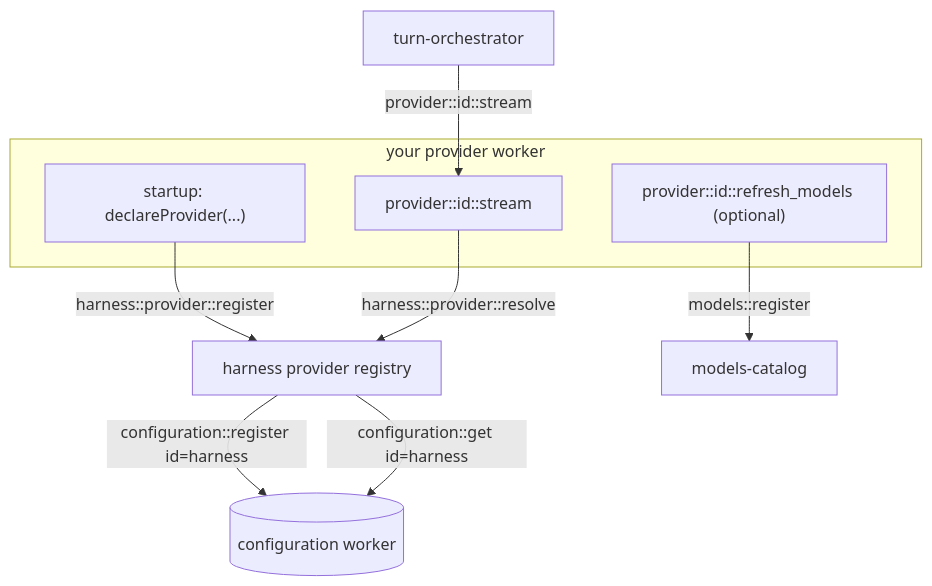
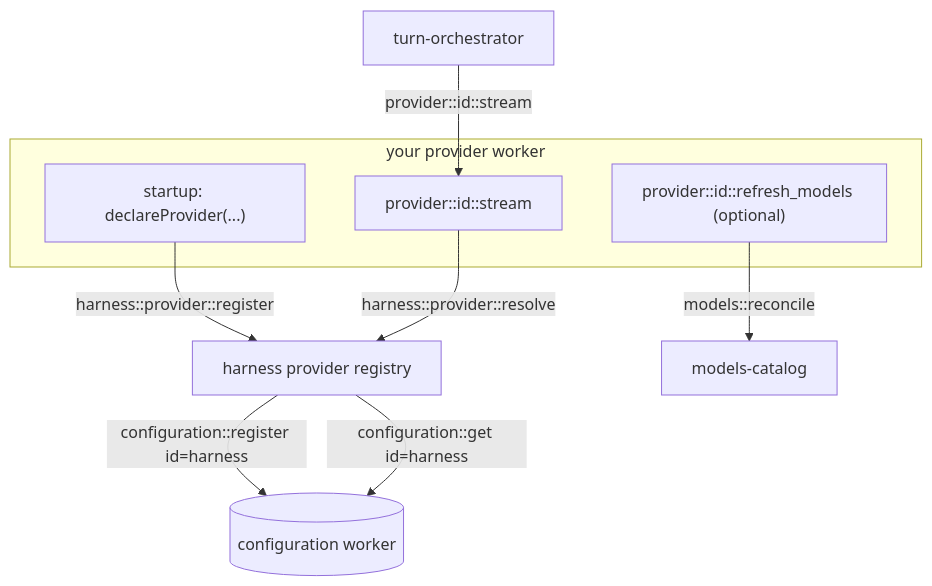
Before and after one commit to iii-hq/workers: the diagram in harness/docs/workers/authoring-a-provider.md, drawn with Mermaid. The commit also changed other lines of this file and 48 other files, not shown here.

````diff
--- a/harness/docs/workers/authoring-a-provider.md
+++ b/harness/docs/workers/authoring-a-provider.md
@@ -11,14 +11,14 @@
 ```mermaid
 flowchart TB
   subgraph provider [your provider worker]
     decl["startup: declareProvider(...)"]
     stream["provider::id::stream"]
     refresh["provider::id::refresh_models (optional)"]
   end
   decl -->|"harness::provider::register"| reg[harness provider registry]
   reg -->|"configuration::register id=harness"| cfg[(configuration worker)]
   stream -->|"harness::provider::resolve"| reg
   reg -->|"configuration::get id=harness"| cfg
   orch[turn-orchestrator] -->|"provider::id::stream"| stream
-  refresh -->|"models::register"| cat[models-catalog]
+  refresh -->|"models::reconcile"| cat[models-catalog]
 ```
````
